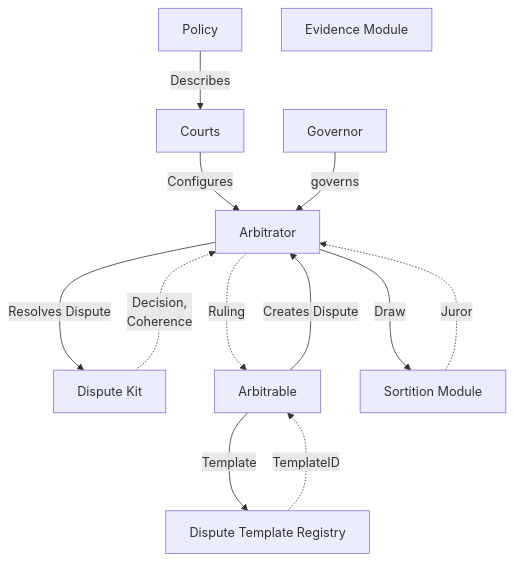
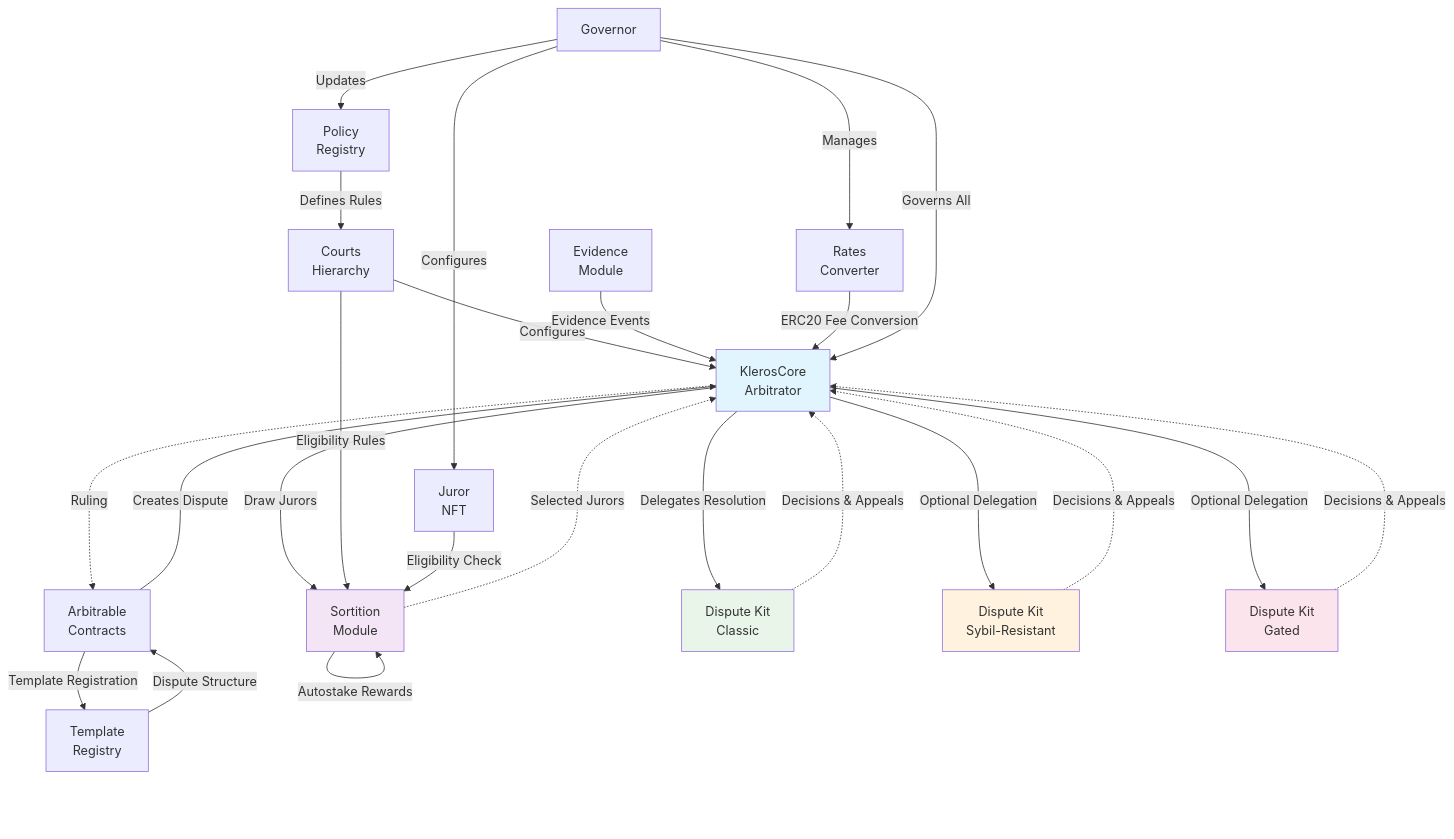
Before and after one commit to kleros/kleros-v2: the diagram in contracts/specifications/specifications.md, drawn with Mermaid. The commit also changed other lines of this file and 11 other files, not shown here.

````diff
--- a/contracts/specifications/specifications.md
+++ b/contracts/specifications/specifications.md
@@ -41,15 +140,63 @@
 ```mermaid
 graph TB
-    Arbitrator[Arbitrator] -->|Resolves Dispute| DisputeKit[Dispute Kit]
-    Arbitrable[Arbitrable] -->|Creates Dispute| Arbitrator
+    %% Core Components
+    Arbitrator[KlerosCore<br/>Arbitrator] 
+    Arbitrable[Arbitrable<br/>Contracts]
+    SortitionModule[Sortition<br/>Module]
+    
+    %% Dispute Kits
+    DKClassic[Dispute Kit<br/>Classic]
+    DKSybil[Dispute Kit<br/>Sybil-Resistant]
+    DKGated[Dispute Kit<br/>Gated]
+    
+    %% Supporting Systems
+    Courts[Courts<br/>Hierarchy]
+    Policy[Policy<br/>Registry]
+    Evidence[Evidence<br/>Module]
+    Templates[Template<br/>Registry]
+    
+    %% New V2 Components
+    RatesConverter[Rates<br/>Converter]
+    JurorNFT[Juror<br/>NFT]
+    
+    %% Core Flow
+    Arbitrable -->|Creates Dispute| Arbitrator
     Arbitrator -..->|Ruling| Arbitrable
-    Arbitrator -->|Draw| SortitionModule[Sortition Module]
-    SortitionModule -..->|Juror| Arbitrator
-    DisputeKit -..->|Decision,<br/>Coherence| Arbitrator
-    Policy[Policy] -->|Describes| Courts[Courts]
+    Arbitrator -->|Draw Jurors| SortitionModule
+    SortitionModule -..->|Selected Jurors| Arbitrator
+    
+    %% Dispute Kit Integration
+    Arbitrator -->|Delegates Resolution| DKClassic
+    Arbitrator -->|Optional Delegation| DKSybil
+    Arbitrator -->|Optional Delegation| DKGated
+    DKClassic -..->|Decisions & Appeals| Arbitrator
+    DKSybil -..->|Decisions & Appeals| Arbitrator
+    DKGated -..->|Decisions & Appeals| Arbitrator
+    
+    %% Court System
     Courts -->|Configures| Arbitrator
-    Governor[Governor] -->|governs| Arbitrator
-    Arbitrable -->|Template|DisputeTemplateRegistry[Dispute Template Registry]
-    DisputeTemplateRegistry -..->|TemplateID|Arbitrable
-    EvidenceModule[Evidence Module]
+    Policy -->|Defines Rules| Courts
+    Courts -->|Eligibility Rules| SortitionModule
+    
+    %% Evidence System
+    Evidence -->|Evidence Events| Arbitrator
+    Templates -->|Dispute Structure| Arbitrable
+    Arbitrable -->|Template Registration| Templates
+    
+    %% V2 Features
+    RatesConverter -->|ERC20 Fee Conversion| Arbitrator
+    JurorNFT -->|Eligibility Check| SortitionModule
+    SortitionModule -->|Autostake Rewards| SortitionModule
+    
+    %% Governance
+    Governor[Governor] -->|Governs All| Arbitrator
+    Governor -->|Updates| Policy
+    Governor -->|Manages| RatesConverter
+    Governor -->|Configures| JurorNFT
+    
+    style Arbitrator fill:#e1f5fe
+    style SortitionModule fill:#f3e5f5
+    style DKClassic fill:#e8f5e8
+    style DKSybil fill:#fff3e0
+    style DKGated fill:#fce4ec
 ```
````
